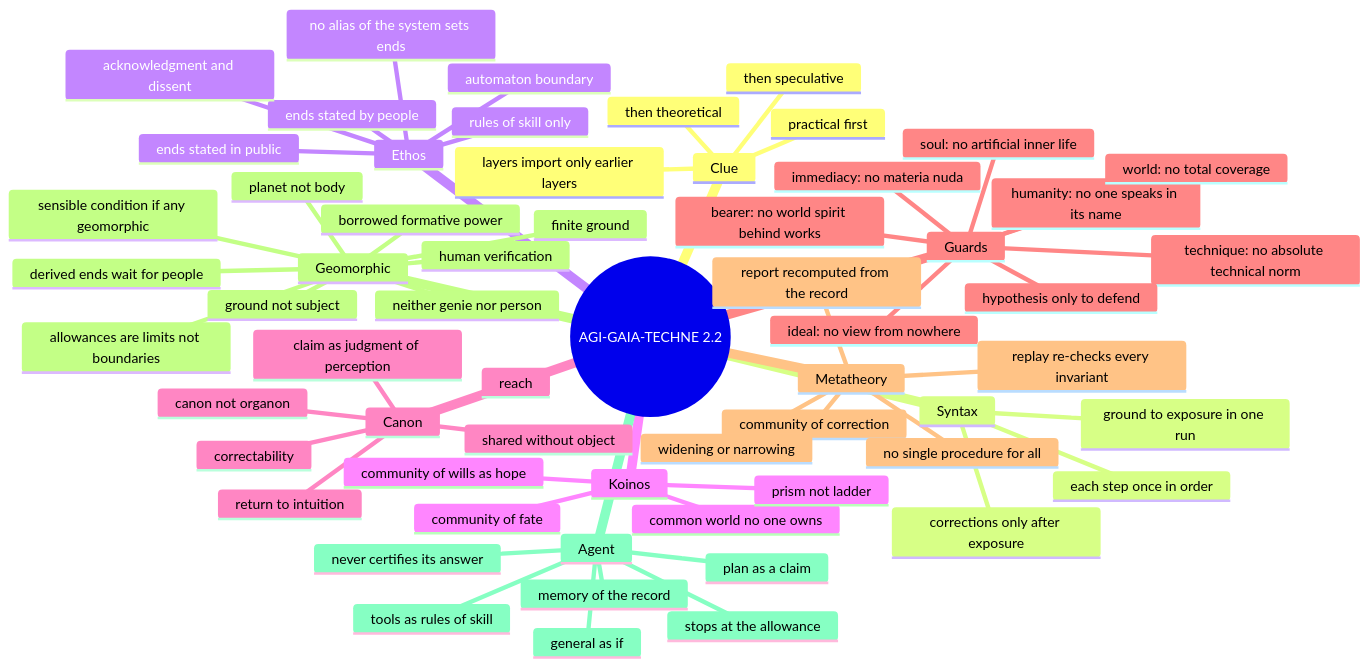
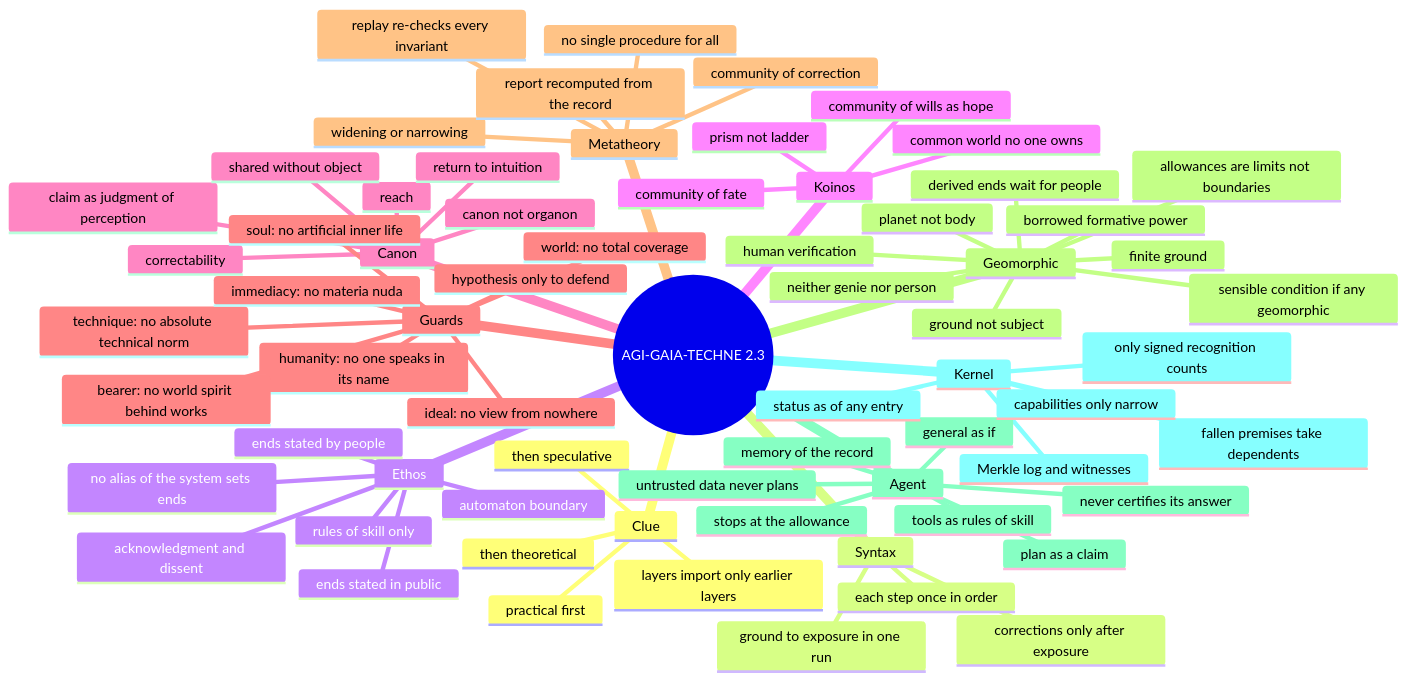
The sixth of 6 diagrams in README.md (italosantosclemente/AGI-GAIA-TECHNE), drawn with Mermaid before and after one commit. The commit also changed other lines of this file and 30 other files, not shown here.

First line of the commit message:
Kernel crítico 2.3: Merkle log, SSH signatures, propagation, capabilities, labels

````diff
--- a/README.md
+++ b/README.md
@@ -624,64 +657,71 @@
 ```mermaid
 mindmap
-  root((AGI-GAIA-TECHNE 2.2))
+  root((AGI-GAIA-TECHNE 2.3))
     Clue
       practical first
       then theoretical
       then speculative
       layers import only earlier layers
     Syntax
       ground to exposure in one run
       each step once in order
       corrections only after exposure
     Ethos
       ends stated by people
       ends stated in public
       acknowledgment and dissent
       rules of skill only
       automaton boundary
       no alias of the system sets ends
     Koinos
       common world no one owns
       community of fate
       community of wills as hope
       prism not ladder
     Canon
       claim as judgment of perception
       reach
       correctability
       return to intuition
       canon not organon
       shared without object
     Guards
       technique: no absolute technical norm
       humanity: no one speaks in its name
       soul: no artificial inner life
       world: no total coverage
       ideal: no view from nowhere
       immediacy: no materia nuda
       bearer: no world spirit behind works
       hypothesis only to defend
     Metatheory
       community of correction
       widening or narrowing
       no single procedure for all
       report recomputed from the record
       replay re-checks every invariant
     Geomorphic
       planet not body
       ground not subject
       borrowed formative power
       finite ground
       allowances are limits not boundaries
       sensible condition if any geomorphic
       neither genie nor person
       derived ends wait for people
       human verification
     Agent
       general as if
       plan as a claim
       tools as rules of skill
       memory of the record
       stops at the allowance
       never certifies its answer
+      untrusted data never plans
+    Kernel
+      Merkle log and witnesses
+      only signed recognition counts
+      fallen premises take dependents
+      capabilities only narrow
+      status as of any entry
 ```
````
